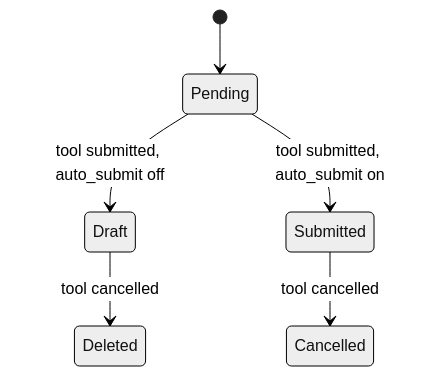
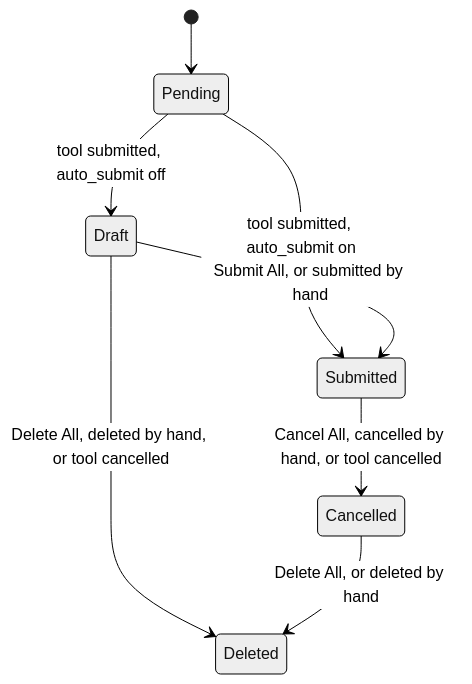
One commit to itsystematic/optima_payment changed the second of 2 diagrams in docs/purchases-bulk-tool/reference.md. Above: the diagram before and after it, drawn with Mermaid (neutral theme). The commit also changed other lines of this file and 2 other files, not shown here.

Commit message:
docs(purchases-bulk-tool): document the Vouchers buttons and released link

````diff
--- a/docs/purchases-bulk-tool/reference.md
+++ b/docs/purchases-bulk-tool/reference.md
@@ -189,8 +282,10 @@
 ```mermaid
 stateDiagram-v2
     [*] --> Pending
     Pending --> Draft: tool submitted, auto_submit off
     Pending --> Submitted: tool submitted, auto_submit on
-    Draft --> Deleted: tool cancelled
-    Submitted --> Cancelled: tool cancelled
+    Draft --> Submitted: Submit All, or submitted by hand
+    Submitted --> Cancelled: Cancel All, cancelled by hand, or tool cancelled
+    Draft --> Deleted: Delete All, deleted by hand, or tool cancelled
+    Cancelled --> Deleted: Delete All, or deleted by hand
 ```
````
